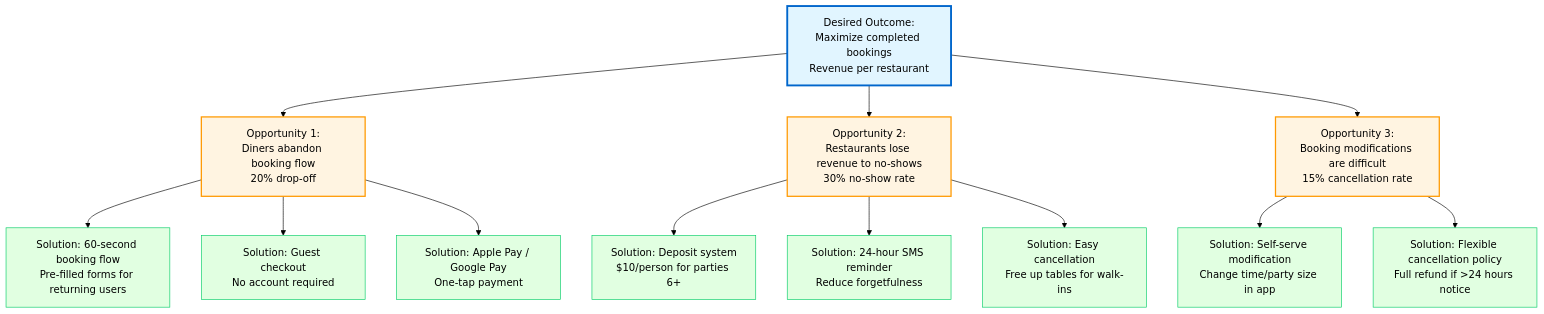
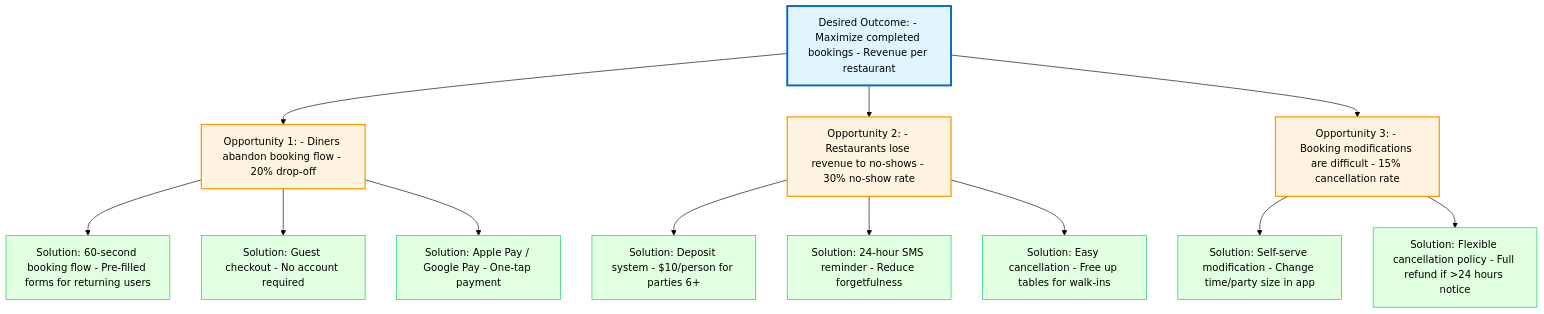
The diagram in 02-reserve-easy-project/01-discovery/opportunity-tree.md (codezelaca/pm-ba-lifecycle), drawn with Mermaid (forest theme) before and after one commit. The commit also changed 11 other files, not shown here.

Commit message:
docs: standardize multi-line text formatting in diagrams and tables by replacing HTML line breaks with hyphens.

````diff
--- a/02-reserve-easy-project/01-discovery/opportunity-tree.md
+++ b/02-reserve-easy-project/01-discovery/opportunity-tree.md
@@ -26,32 +26,32 @@
 ```mermaid
 graph TD
-    Outcome[Desired Outcome:<br/>Maximize completed bookings<br/>Revenue per restaurant]
+    Outcome[Desired Outcome: - Maximize completed bookings - Revenue per restaurant]
 
-    Outcome --> Opp1[Opportunity 1:<br/>Diners abandon booking flow<br/>20% drop-off]
-    Outcome --> Opp2[Opportunity 2:<br/>Restaurants lose revenue to no-shows<br/>30% no-show rate]
-    Outcome --> Opp3[Opportunity 3:<br/>Booking modifications are difficult<br/>15% cancellation rate]
+    Outcome --> Opp1[Opportunity 1: - Diners abandon booking flow - 20% drop-off]
+    Outcome --> Opp2[Opportunity 2: - Restaurants lose revenue to no-shows - 30% no-show rate]
+    Outcome --> Opp3[Opportunity 3: - Booking modifications are difficult - 15% cancellation rate]
 
-    Opp1 --> Sol1A[Solution: 60-second booking flow<br/>Pre-filled forms for returning users]
-    Opp1 --> Sol1B[Solution: Guest checkout<br/>No account required]
-    Opp1 --> Sol1C[Solution: Apple Pay / Google Pay<br/>One-tap payment]
+    Opp1 --> Sol1A[Solution: 60-second booking flow - Pre-filled forms for returning users]
+    Opp1 --> Sol1B[Solution: Guest checkout - No account required]
+    Opp1 --> Sol1C[Solution: Apple Pay / Google Pay - One-tap payment]
 
-    Opp2 --> Sol2A[Solution: Deposit system<br/>$10/person for parties 6+]
-    Opp2 --> Sol2B[Solution: 24-hour SMS reminder<br/>Reduce forgetfulness]
-    Opp2 --> Sol2C[Solution: Easy cancellation<br/>Free up tables for walk-ins]
+    Opp2 --> Sol2A[Solution: Deposit system - $10/person for parties 6+]
+    Opp2 --> Sol2B[Solution: 24-hour SMS reminder - Reduce forgetfulness]
+    Opp2 --> Sol2C[Solution: Easy cancellation - Free up tables for walk-ins]
 
-    Opp3 --> Sol3A[Solution: Self-serve modification<br/>Change time/party size in app]
-    Opp3 --> Sol3B[Solution: Flexible cancellation policy<br/>Full refund if >24 hours notice]
+    Opp3 --> Sol3A[Solution: Self-serve modification - Change time/party size in app]
+    Opp3 --> Sol3B[Solution: Flexible cancellation policy - Full refund if >24 hours notice]
 
     style Outcome fill:#e1f5ff,stroke:#0066cc,stroke-width:3px
     style Opp1 fill:#fff4e1,stroke:#ff9900,stroke-width:2px
     style Opp2 fill:#fff4e1,stroke:#ff9900,stroke-width:2px
     style Opp3 fill:#fff4e1,stroke:#ff9900,stroke-width:2px
     style Sol1A fill:#e1ffe1,stroke:#00cc66
     style Sol1B fill:#e1ffe1,stroke:#00cc66
     style Sol1C fill:#e1ffe1,stroke:#00cc66
     style Sol2A fill:#e1ffe1,stroke:#00cc66
     style Sol2B fill:#e1ffe1,stroke:#00cc66
     style Sol2C fill:#e1ffe1,stroke:#00cc66
     style Sol3A fill:#e1ffe1,stroke:#00cc66
     style Sol3B fill:#e1ffe1,stroke:#00cc66
 ```
````
